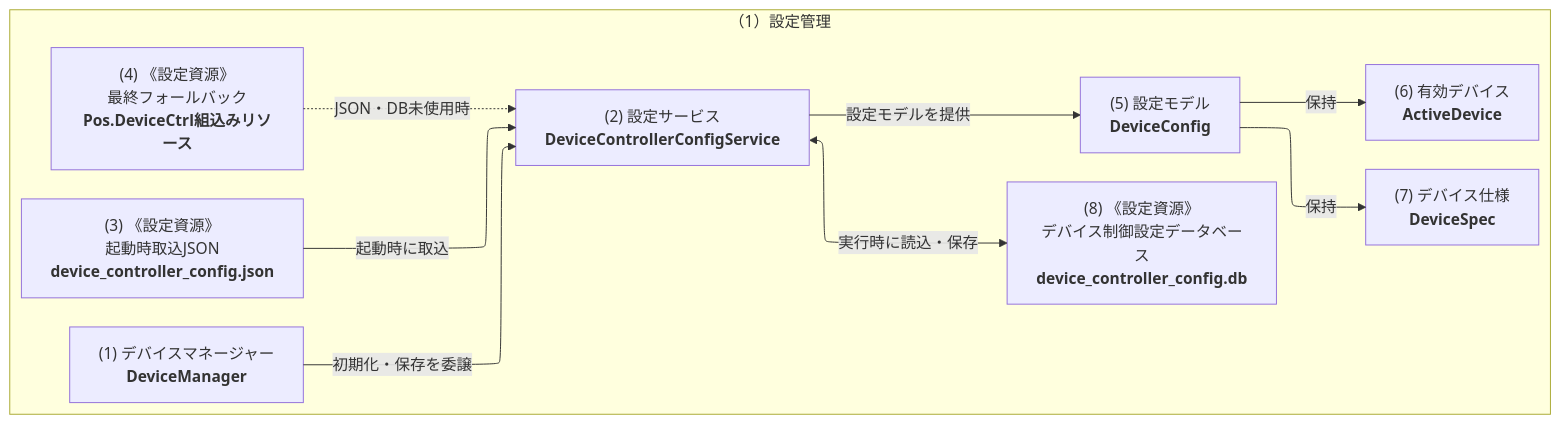
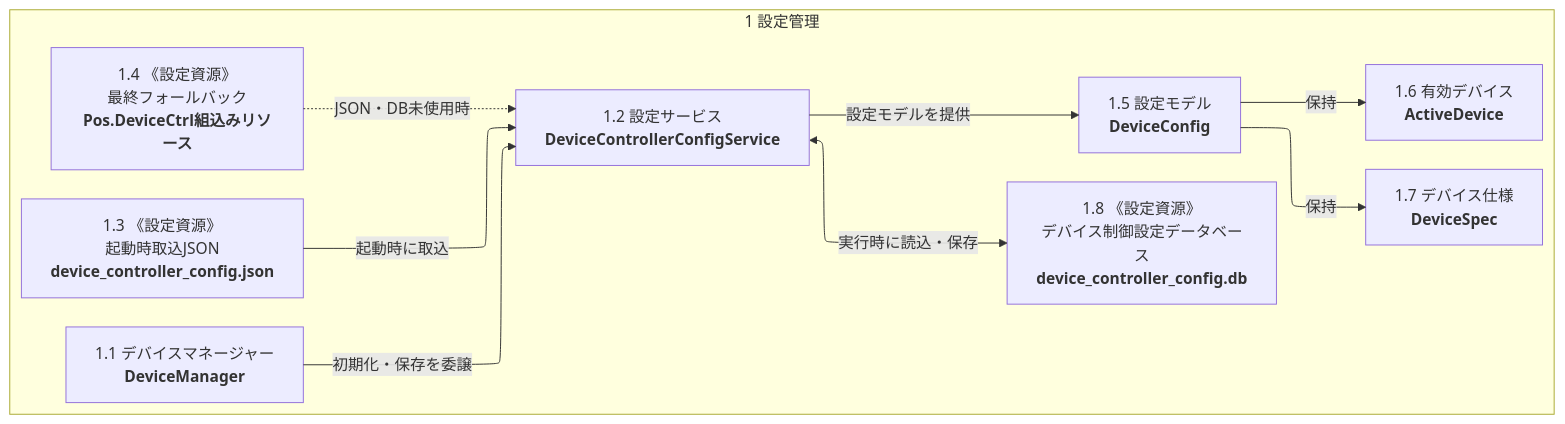
Before and after one commit to vti-sam/smj-ks-pos-stored: the second of 3 diagrams in artifacts/reports/device-control/20_基本設計/クラス構成図_端末アプリ_デバイス制御/クラス構成図_端末アプリ_デバイス制御.md, drawn with Mermaid. The commit also changed other lines of this file and 40 other files, not shown here.

Commit message:
Update device control documents and editable diagrams

````diff
--- a/artifacts/reports/device-control/20_基本設計/クラス構成図_端末アプリ_デバイス制御/クラス構成図_端末アプリ_デバイス制御.md
+++ b/artifacts/reports/device-control/20_基本設計/クラス構成図_端末アプリ_デバイス制御/クラス構成図_端末アプリ_デバイス制御.md
@@ -290,43 +337,43 @@
 ```mermaid
 ---
 config:
  layout: elk
  elk:
  mergeEdges: false
  nodePlacementStrategy: BRANDES_KOEPF
  cycleBreakingStrategy: GREEDY
  flowchart:
  curve: linear
  nodeSpacing: 26
  rankSpacing: 50
 ---
 flowchart LR
  %% diagram-profile=logical-architecture
 %% legend-bind container.CONFIG_DOMAIN=デバイス制御領域
  %% legend-bind class.classNode=クラス
  %% legend-bind class.artifactNode=《設定資源》
  %% legend-bind edge.default=━━▶ 主な関係
  %% legend-bind edge.dashed=┄┄▶ 補助関係
  %% legend-bind label=コネクターラベル
- subgraph CONFIG_DOMAIN["（1）設定管理"]
- MANAGER["(1) デバイスマネージャー<br/><b>DeviceManager</b>"]
- CONFIG["(2) 設定サービス<br/><b>DeviceControllerConfigService</b>"]
- RUNTIME["(3) 《設定資源》<br/>起動時取込JSON<br/><b>device_controller_config.json</b>"]
- DEFAULT["(4) 《設定資源》<br/>最終フォールバック<br/><b>Pos.DeviceCtrl組込みリソース</b>"]
- MODEL["(5) 設定モデル<br/><b>DeviceConfig</b>"]
- ACTIVE["(6) 有効デバイス<br/><b>ActiveDevice</b>"]
- SPEC["(7) デバイス仕様<br/><b>DeviceSpec</b>"]
- DATABASE["(8) 《設定資源》<br/>デバイス制御設定データベース<br/><b>device_controller_config.db</b>"]
+ subgraph CONFIG_DOMAIN["1 設定管理"]
+ MANAGER["1.1 デバイスマネージャー<br/><b>DeviceManager</b>"]
+ CONFIG["1.2 設定サービス<br/><b>DeviceControllerConfigService</b>"]
+ RUNTIME["1.3 《設定資源》<br/>起動時取込JSON<br/><b>device_controller_config.json</b>"]
+ DEFAULT["1.4 《設定資源》<br/>最終フォールバック<br/><b>Pos.DeviceCtrl組込みリソース</b>"]
+ MODEL["1.5 設定モデル<br/><b>DeviceConfig</b>"]
+ ACTIVE["1.6 有効デバイス<br/><b>ActiveDevice</b>"]
+ SPEC["1.7 デバイス仕様<br/><b>DeviceSpec</b>"]
+ DATABASE["1.8 《設定資源》<br/>デバイス制御設定データベース<br/><b>device_controller_config.db</b>"]
 
  MANAGER -->|初期化・保存を委譲| CONFIG
  RUNTIME -->|起動時に取込| CONFIG
  DEFAULT -.->|JSON・DB未使用時| CONFIG
  CONFIG -->|設定モデルを提供| MODEL
  CONFIG <-->|実行時に読込・保存| DATABASE
  MODEL -->|保持| ACTIVE
  MODEL -->|保持| SPEC
  end
 
  class MANAGER,CONFIG,MODEL,ACTIVE,SPEC classNode
  class RUNTIME,DEFAULT,DATABASE artifactNode
 ```
````
